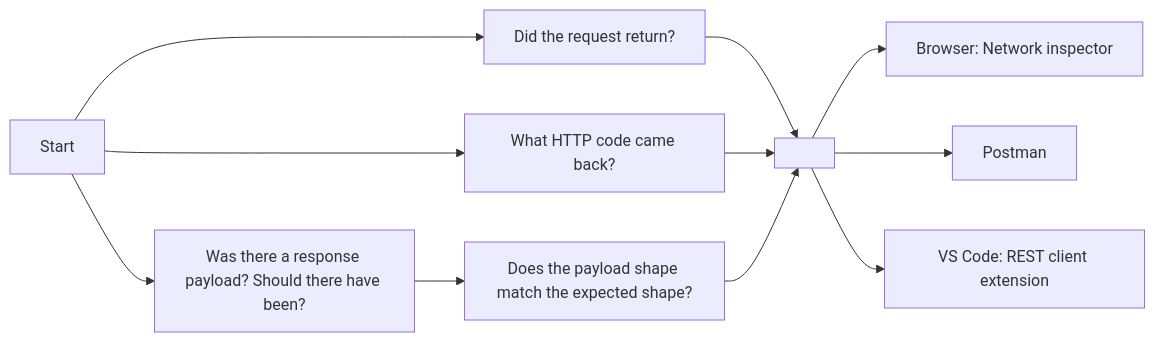
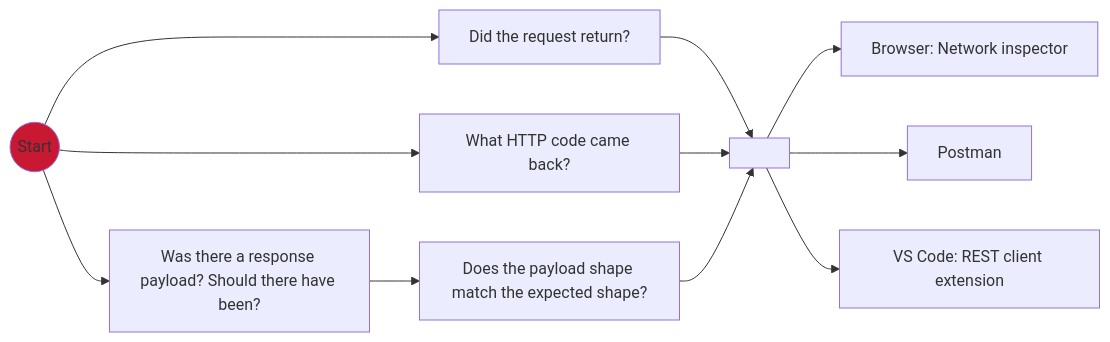
One commit to zspitz/debuggingProcess changed the fifth of 5 diagrams in README.md. Above: the diagram before and after it, drawn with Mermaid. The commit also changed other lines of this file, not shown here.

Commit message:
Style start nodes

````diff
--- a/README.md
+++ b/README.md
@@ -95,8 +103,10 @@
 ```mermaid
 graph LR
-Start --> N104[Did the request return?] & N105[What HTTP code came back?] & N106[Was there a response payload? Should there have been?]
+Start((Start)) --> N104[Did the request return?] & N105[What HTTP code came back?] & N106[Was there a response payload? Should there have been?]
 
 N106 --> N107[Does the payload shape match the expected shape?]
 
 N104 & N105 & N107 --> N108[ ] --> N109[Browser: Network inspector] & N110[Postman] & N111[VS Code: REST client extension]
+
+style Start fill:#c91831
 ```
````
